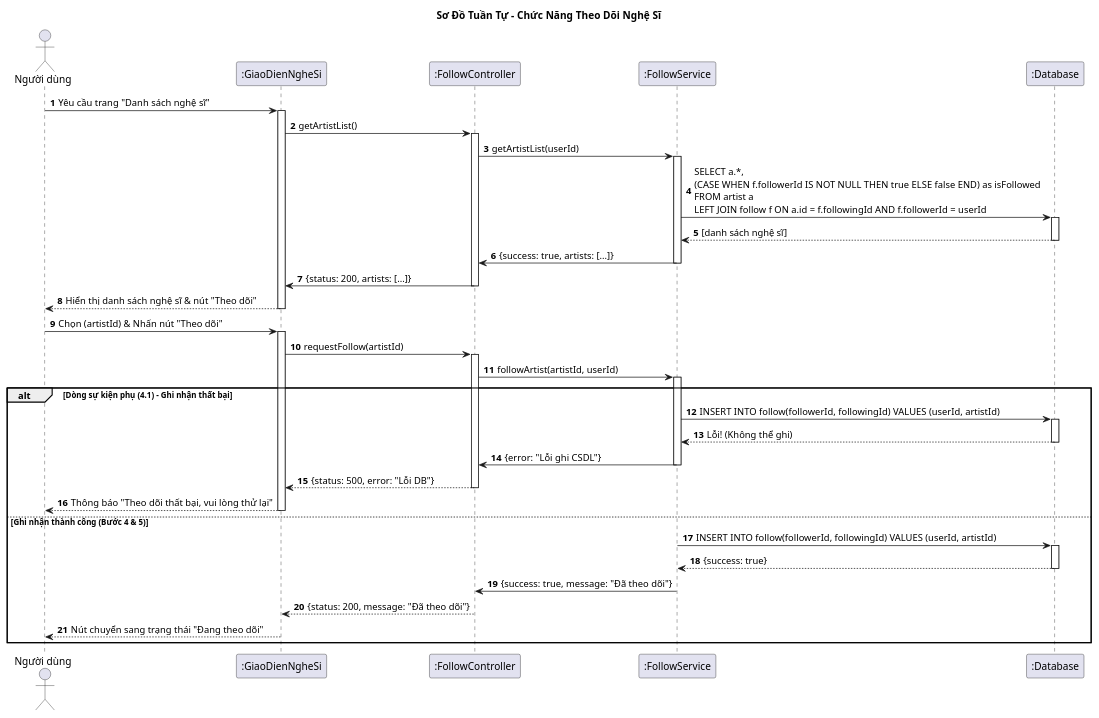
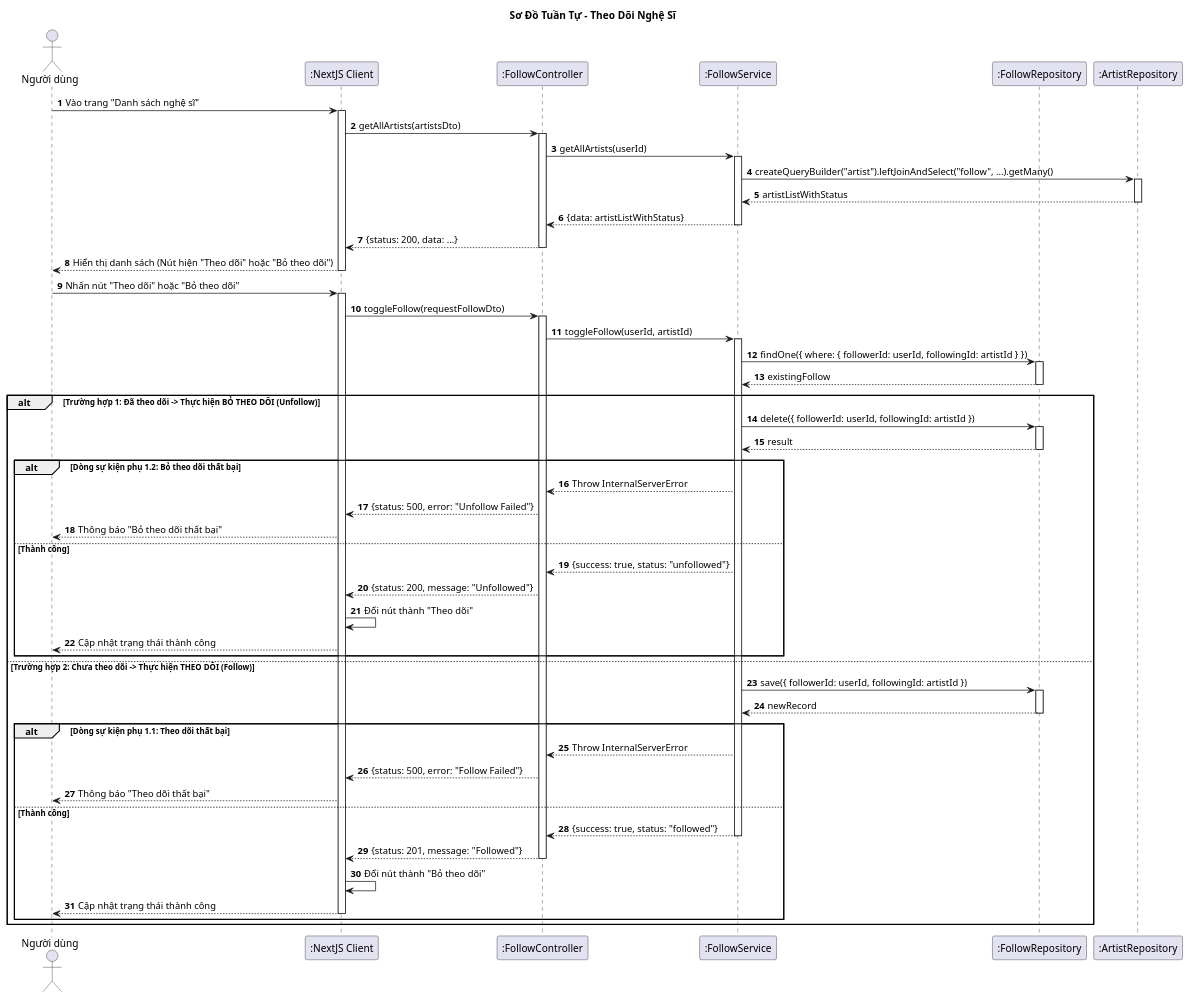
One commit to vinh047/soundwave changed the diagram in Diagrams/SequenceDiagram/FollowSD.plantuml. Above: the diagram before and after it, drawn with PlantUML. The commit also changed 25 other files, not shown here.

Commit message:
Thêm phần toggle theo dõi vào đặc tả, sửa sequence, sửa class đồng bộ với sequence

```diff
--- a/Diagrams/SequenceDiagram/FollowSD.plantuml
+++ b/Diagrams/SequenceDiagram/FollowSD.plantuml
@@ -1,71 +1,97 @@
-@startuml Sequence Diagram - Theo Dõi Nghệ Sĩ
+@startuml Sequence Diagram - Theo Dõi Nghệ Sĩ 
 
-title Sơ Đồ Tuần Tự - Chức Năng Theo Dõi Nghệ Sĩ
+title Sơ Đồ Tuần Tự - Theo Dõi Nghệ Sĩ 
 
 actor "Người dùng" as User
-participant ":GiaoDienNgheSi" as UI
+participant ":NextJS Client" as UI
 participant ":FollowController" as Controller
 participant ":FollowService" as Service
-participant ":Database" as DB
+participant ":FollowRepository" as DB
+participant ":ArtistRepository" as ArtistDB
 
 autonumber
 
-' === Dòng sự kiện chính (bước 1 & 2): Tải giao diện ===
-User -> UI: Yêu cầu trang "Danh sách nghệ sĩ"
+' === BƯỚC 1: TẢI DANH SÁCH ===
+User -> UI: Vào trang "Danh sách nghệ sĩ"
 activate UI
-UI -> Controller: getArtistList()
+UI -> Controller: getAllArtists(artistsDto)
 activate Controller
-Controller -> Service: getArtistList(userId)
+
+' Lấy userId từ Token
+Controller -> Service: getAllArtists(userId)
 activate Service
-Service -> DB: SELECT a.*, \n(CASE WHEN f.followerId IS NOT NULL THEN true ELSE false END) as isFollowed \nFROM artist a \nLEFT JOIN follow f ON a.id = f.followingId AND f.followerId = userId
-activate DB
-DB --> Service: [danh sách nghệ sĩ]
-deactivate DB
-Service -> Controller: {success: true, artists: [...]}
+
+' Lấy danh sách kèm trạng thái isFollowed
+Service -> ArtistDB: createQueryBuilder("artist").leftJoinAndSelect("follow", ...).getMany()
+activate ArtistDB
+ArtistDB --> Service: artistListWithStatus
+deactivate ArtistDB
+
+Service --> Controller: {data: artistListWithStatus}
 deactivate Service
-Controller -> UI: {status: 200, artists: [...]}
+Controller --> UI: {status: 200, data: ...}
 deactivate Controller
-UI --> User: Hiển thị danh sách nghệ sĩ & nút "Theo dõi"
+UI --> User: Hiển thị danh sách (Nút hiện "Theo dõi" hoặc "Bỏ theo dõi")
 deactivate UI
 
-' === Dòng sự kiện chính (bước 3): Người dùng chọn Theo dõi ===
-User -> UI: Chọn (artistId) & Nhấn nút "Theo dõi"
+' === BƯỚC 3: TƯƠNG TÁC (TOGGLE) ===
+User -> UI: Nhấn nút "Theo dõi" hoặc "Bỏ theo dõi"
 activate UI
-UI -> Controller: requestFollow(artistId)
+
+' Dùng DTO
+UI -> Controller: toggleFollow(requestFollowDto)
 activate Controller
-Controller -> Service: followArtist(artistId, userId)
+
+' Service xử lý logic Toggle
+Controller -> Service: toggleFollow(userId, artistId)
 activate Service
 
-' === Dòng sự kiện (bước 4, 5) & Dòng sự kiện phụ (4.1) ===
-alt Dòng sự kiện phụ (4.1) - Ghi nhận thất bại
-    ' Bước 4 & 5: Ghi nhận vào CSDL
-    Service -> DB: INSERT INTO follow(followerId, followingId) VALUES (userId, artistId)
+' === BƯỚC 4 & 5: KIỂM TRA & XỬ LÝ ===
+Service -> DB: findOne({ where: { followerId: userId, followingId: artistId } })
+activate DB
+DB --> Service: existingFollow
+deactivate DB
+
+alt Trường hợp 1: Đã theo dõi -> Thực hiện BỎ THEO DÕI (Unfollow)
+    Service -> DB: delete({ followerId: userId, followingId: artistId })
     activate DB
-    DB --> Service: Lỗi! (Không thể ghi)
+    DB --> Service: result
     deactivate DB
-    Service -> Controller: {error: "Lỗi ghi CSDL"}
-    deactivate Service
-    Controller --> UI: {status: 500, error: "Lỗi DB"}
-    deactivate Controller
     
-    UI --> User: Thông báo "Theo dõi thất bại, vui lòng thử lại"
-    deactivate UI
+    alt Dòng sự kiện phụ 1.2: Bỏ theo dõi thất bại
+        Service --> Controller: Throw InternalServerError
+        Controller --> UI: {status: 500, error: "Unfollow Failed"}
+        UI --> User: Thông báo "Bỏ theo dõi thất bại"
+    else Thành công
+        Service --> Controller: {success: true, status: "unfollowed"}
+        
+        ' === BƯỚC 6: CẬP NHẬT UI ===
+        Controller --> UI: {status: 200, message: "Unfollowed"}
+        UI -> UI: Đổi nút thành "Theo dõi"
+        UI --> User: Cập nhật trạng thái thành công
+    end
 
-else Ghi nhận thành công (Bước 4 & 5)
-    Service -> DB: INSERT INTO follow(followerId, followingId) VALUES (userId, artistId)
+else Trường hợp 2: Chưa theo dõi -> Thực hiện THEO DÕI (Follow)
+    Service -> DB: save({ followerId: userId, followingId: artistId })
     activate DB
-    DB --> Service: {success: true}
+    DB --> Service: newRecord
     deactivate DB
-    Service -> Controller: {success: true, message: "Đã theo dõi"}
-    deactivate Service
-
-    ' === Dòng sự kiện chính (bước 6): Hiện lại danh sách ===
-    ' (Hệ thống tự động làm mới giao diện)
-    Controller --> UI: {status: 200, message: "Đã theo dõi"}
-    deactivate Controller
     
-    UI --> User: Nút chuyển sang trạng thái "Đang theo dõi"
-
-    deactivate UI
+    alt Dòng sự kiện phụ 1.1: Theo dõi thất bại
+        Service --> Controller: Throw InternalServerError
+        Controller --> UI: {status: 500, error: "Follow Failed"}
+        UI --> User: Thông báo "Theo dõi thất bại"
+    else Thành công
+        Service --> Controller: {success: true, status: "followed"}
+        deactivate Service
+        
+        ' === BƯỚC 6: CẬP NHẬT UI ===
+        Controller --> UI: {status: 201, message: "Followed"}
+        deactivate Controller
+        
+        UI -> UI: Đổi nút thành "Bỏ theo dõi"
+        UI --> User: Cập nhật trạng thái thành công
+        deactivate UI
+    end
 end
 @enduml
```
